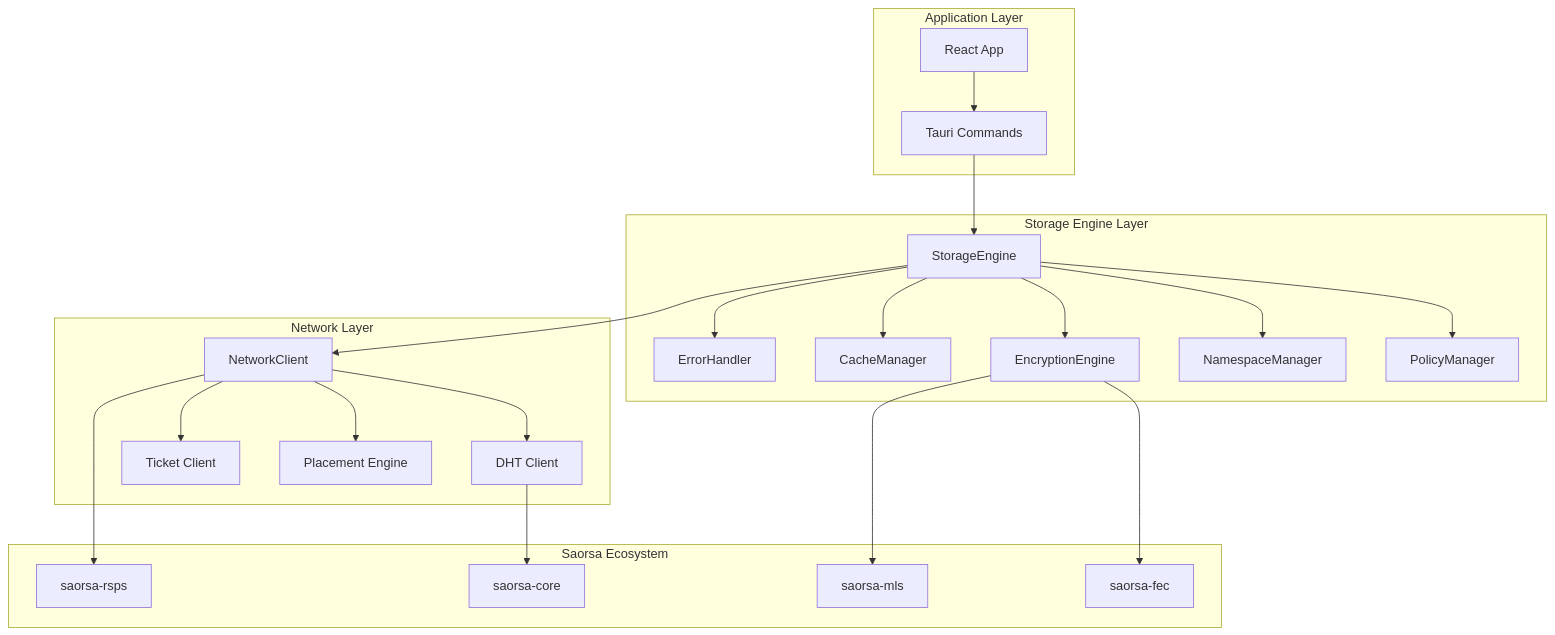
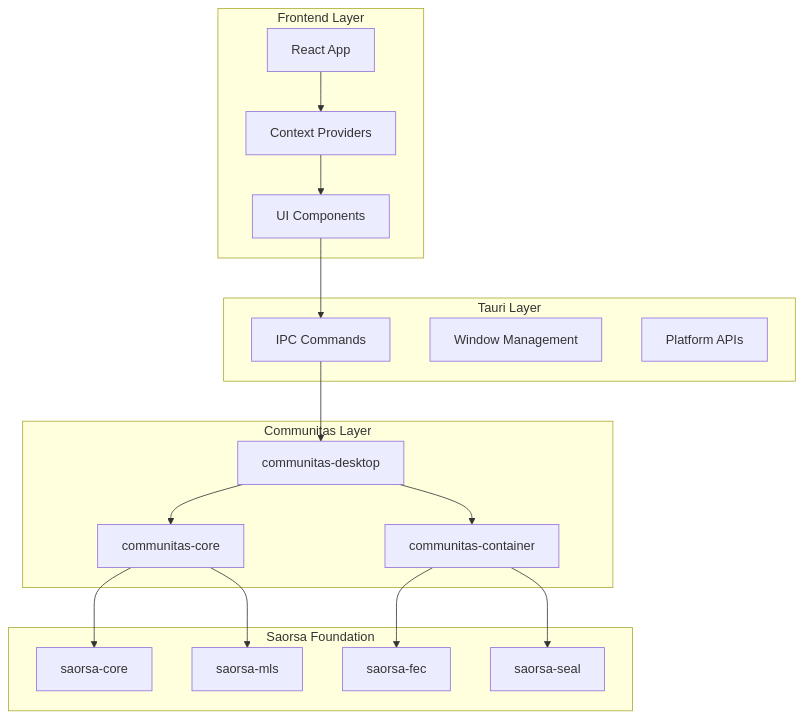
Before and after one commit to dirvine/communitas: the diagram in ARCHITECTURE.md, drawn with Mermaid. The commit also changed other lines of this file and 281 other files, not shown here.

````diff
--- a/ARCHITECTURE.md
+++ b/ARCHITECTURE.md
@@ -24,46 +38,38 @@
 ```mermaid
 graph TB
-    subgraph "Application Layer"
-        App[React App]
-        Tauri[Tauri Commands]
+    subgraph "Frontend Layer"
+        React[React App]
+        Contexts[Context Providers]
+        Components[UI Components]
     end
     
-    subgraph "Storage Engine Layer"
-        SE[StorageEngine]
-        PM[PolicyManager]
-        NM[NamespaceManager]
-        EE[EncryptionEngine]
-        CM[CacheManager]
-        EH[ErrorHandler]
+    subgraph "Tauri Layer"
+        IPC[IPC Commands]
+        Window[Window Management]
+        Platform[Platform APIs]
     end
     
-    subgraph "Network Layer"
-        NC[NetworkClient]
-        DHT[DHT Client]
-        PL[Placement Engine]
-        TC[Ticket Client]
+    subgraph "Communitas Layer"
+        Core[communitas-core]
+        Desktop[communitas-desktop]
+        Container[communitas-container]
     end
     
-    subgraph "Saorsa Ecosystem"
-        Core[saorsa-core]
-        FEC[saorsa-fec]
-        MLS[saorsa-mls]
-        RSPS[saorsa-rsps]
+    subgraph "Saorsa Foundation"
+        SCore[saorsa-core]
+        SMLS[saorsa-mls]
+        SFEC[saorsa-fec]
+        SSeal[saorsa-seal]
     end
     
-    App --> Tauri
-    Tauri --> SE
-    SE --> PM
-    SE --> NM
-    SE --> EE
-    SE --> CM
-    SE --> EH
-    SE --> NC
-    NC --> DHT
-    NC --> PL
-    NC --> TC
-    DHT --> Core
-    EE --> FEC
-    EE --> MLS
-    NC --> RSPS
+    React --> Contexts
+    Contexts --> Components
+    Components --> IPC
+    IPC --> Desktop
+    Desktop --> Core
+    Desktop --> Container
+    Core --> SCore
+    Core --> SMLS
+    Container --> SFEC
+    Container --> SSeal
 ```
````
